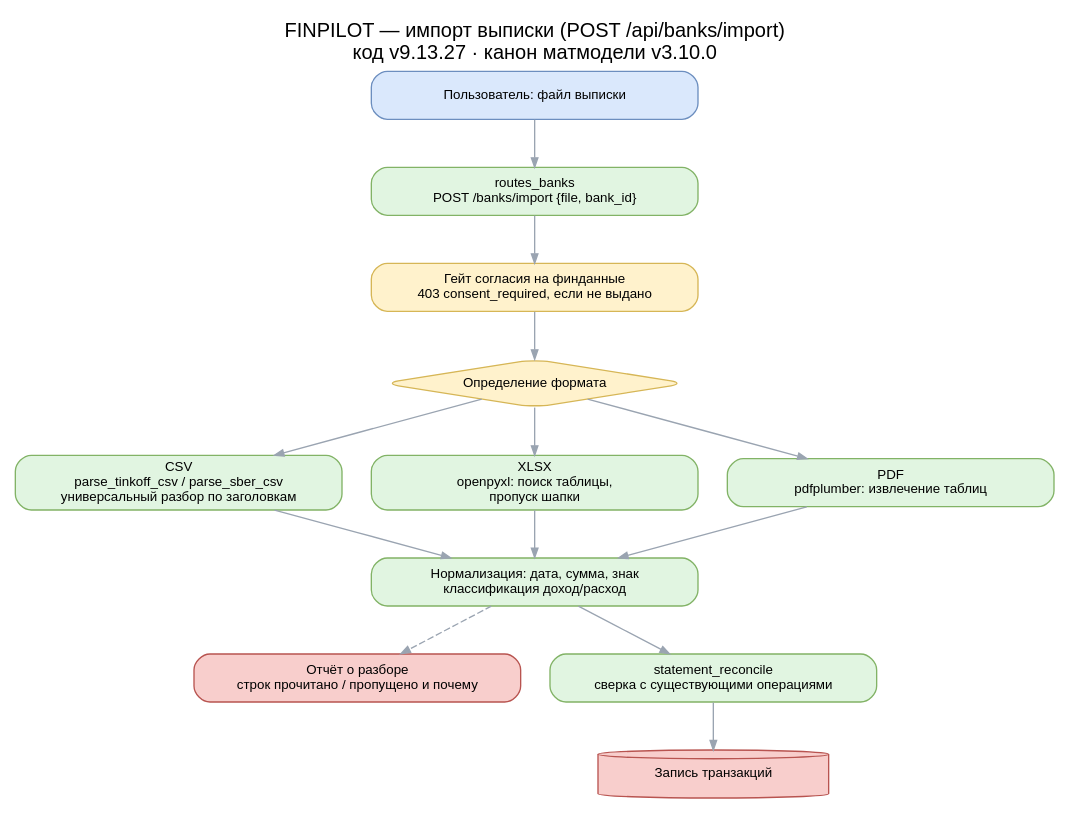
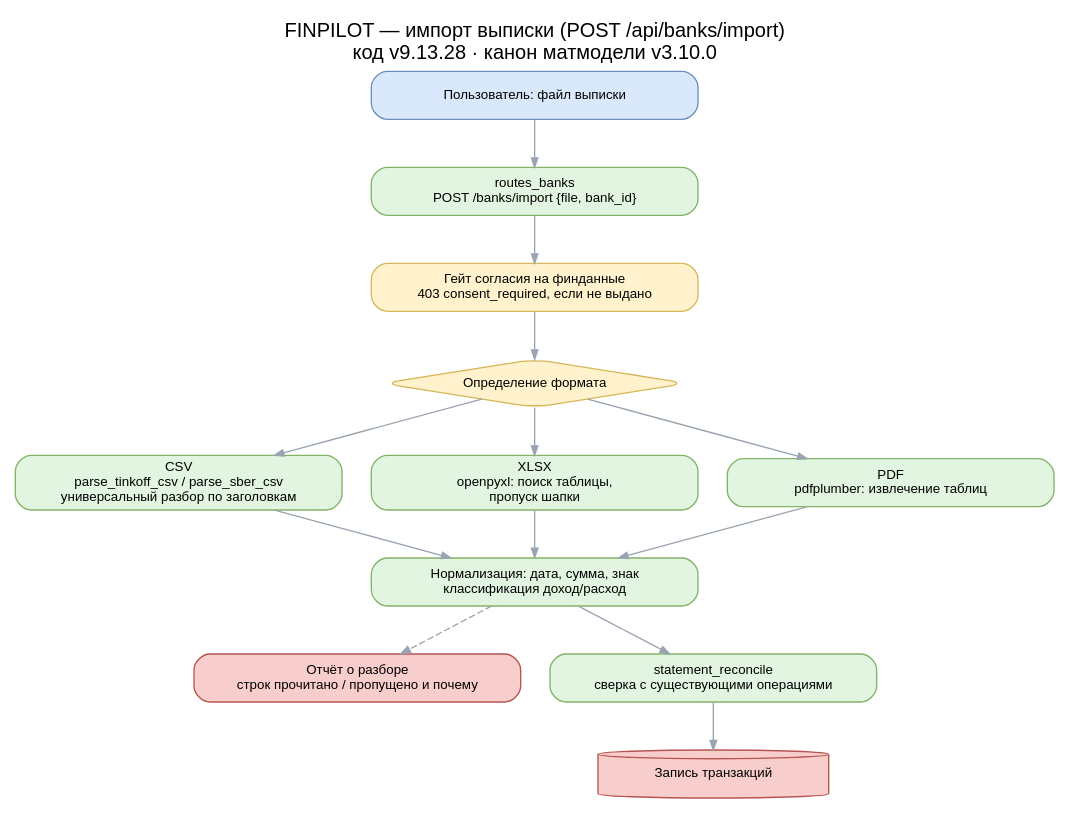
The diagram in docs/diagrams/src/08_sequence_import.dot (vevdokimovm/personal-finance-dss), drawn with Graphviz before and after one commit. The commit also changed 43 other files, not shown here.

Commit message:
personal-finance-dss v9.13.28 — превью у всех диаграмм, README актуализирован, добавлены схемы и лого

```diff
--- a/docs/diagrams/src/08_sequence_import.dot
+++ b/docs/diagrams/src/08_sequence_import.dot
@@ -1,30 +1,30 @@
 digraph import_seq {
   graph [rankdir=TB, fontname="Helvetica", labelloc=t, fontsize=15,
-         label="FINPILOT — импорт выписки (POST /api/banks/import)\nкод v9.13.27 · канон матмодели v3.10.0",
+         label="FINPILOT — импорт выписки (POST /api/banks/import)\nкод v9.13.28 · канон матмодели v3.10.0",
          nodesep=0.3, ranksep=0.5];
   node [fontname="Helvetica", fontsize=10, style="rounded,filled",
         fillcolor="#e1f5e1", color="#82b366", shape=box, width=3.4];
   edge [color="#9aa4b1", arrowsize=0.7, fontname="Helvetica", fontsize=9];
 
   u [label="Пользователь: файл выписки", fillcolor="#dae8fc", color="#6c8ebf"];
   r [label="routes_banks\nPOST /banks/import {file, bank_id}"];
   g [label="Гейт согласия на финданные\n403 consent_required, если не выдано",
      fillcolor="#fff2cc", color="#d6b656"];
   fmt [label="Определение формата", shape=diamond, fillcolor="#fff2cc",
        color="#d6b656", width=2.0];
   csv [label="CSV\nparse_tinkoff_csv / parse_sber_csv\nуниверсальный разбор по заголовкам"];
   xlsx [label="XLSX\nopenpyxl: поиск таблицы,\nпропуск шапки"];
   pdf [label="PDF\npdfplumber: извлечение таблиц"];
   norm [label="Нормализация: дата, сумма, знак\nклассификация доход/расход"];
   rep [label="Отчёт о разборе\nстрок прочитано / пропущено и почему",
        fillcolor="#f8cecc", color="#b85450"];
   rec [label="statement_reconcile\nсверка с существующими операциями"];
   db [label="Запись транзакций", shape=cylinder, fillcolor="#f8cecc",
       color="#b85450", width=2.4];
 
   u -> r -> g -> fmt;
   fmt -> csv; fmt -> xlsx; fmt -> pdf;
   csv -> norm; xlsx -> norm; pdf -> norm;
   norm -> rep [style=dashed];
   norm -> rec -> db;
 }
```
